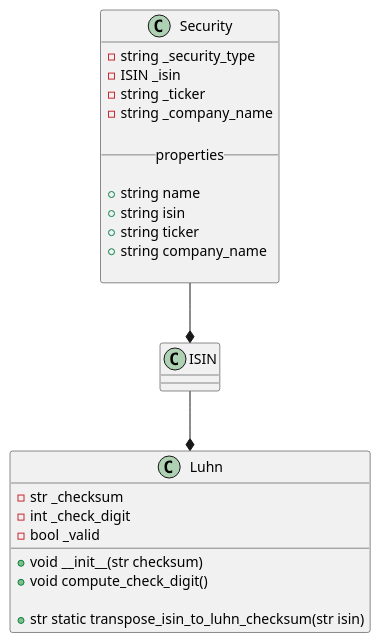
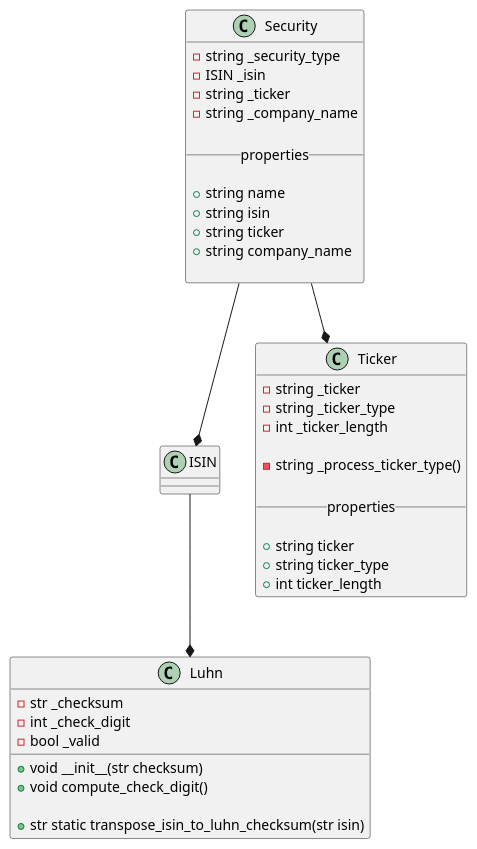
The diagram in pyasx/pyasx.puml (JohnVonNeumann/pyasx), drawn with PlantUML before and after one commit.

Commit message:
UPDATE pyasx.puml - add Ticker class design in UML

```diff
--- a/pyasx/pyasx.puml
+++ b/pyasx/pyasx.puml
@@ -1,37 +1,52 @@
 @startuml
 'https://plantuml.com/class-diagram
 
 Security --* ISIN
+Security --* Ticker
 ISIN --* Luhn
 
 class Security {
     - string _security_type
     - ISIN _isin
     - string _ticker
     - string _company_name
 
     __properties__
 
     + string name
     + string isin
     + string ticker
     + string company_name
 
 }
 
 class ISIN {}
 
+class Ticker {
+    - string _ticker
+    - string _ticker_type
+    - int _ticker_length
+
+    - string _process_ticker_type()
+
+    __properties__
+
+    + string ticker
+    + string ticker_type
+    + int ticker_length
+}
+
 class Luhn {
 - str _checksum
 - int _check_digit
 - bool _valid
 
 + void __init__(str checksum)
 + void compute_check_digit()
 
 + str static transpose_isin_to_luhn_checksum(str isin)
 
 }
 
 
 @enduml
```
